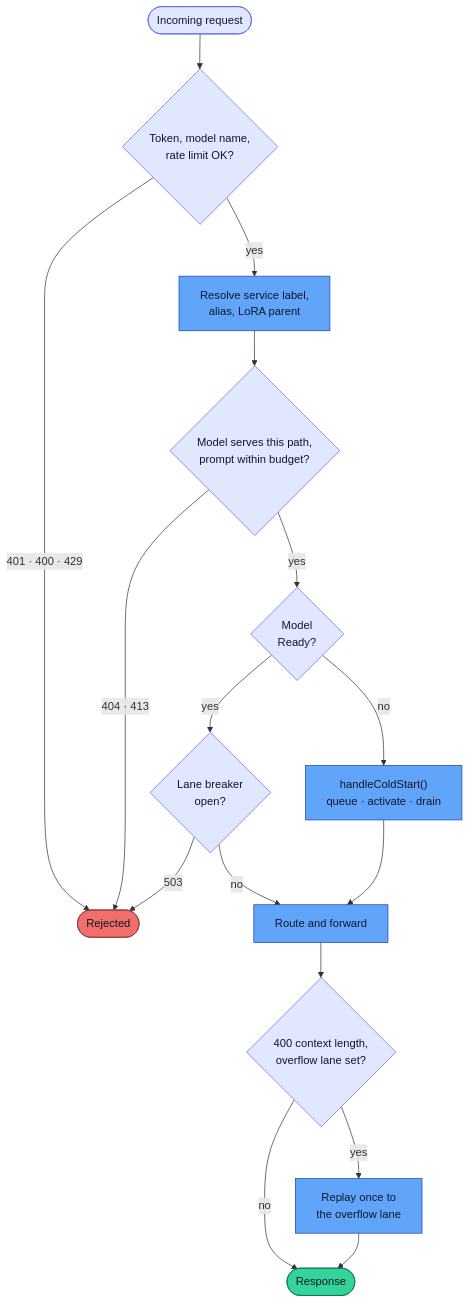
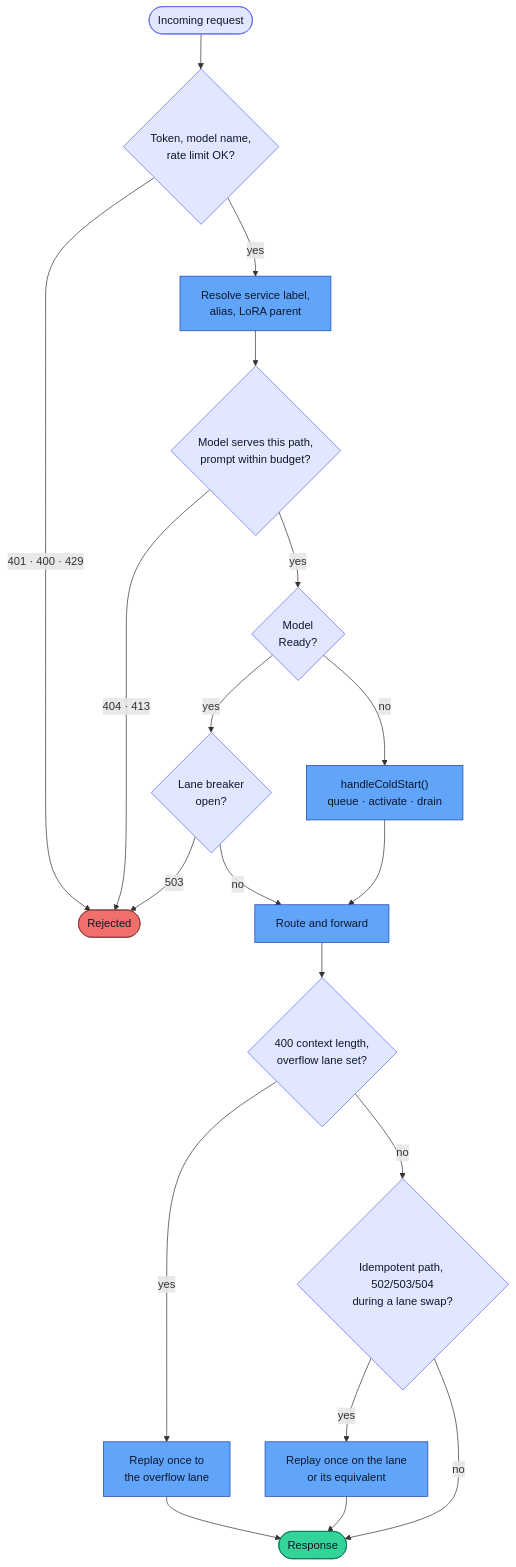
One commit to flexinfer/flexinfer changed the diagram in docs/specs/proxy-api.md. Above: the diagram before and after it, drawn with Mermaid. The commit also changed other lines of this file and 8 other files, not shown here.

First line of the commit message:
feat(proxy): replay idempotent requests caught in a lane swap (D6-a)

````diff
--- a/docs/specs/proxy-api.md
+++ b/docs/specs/proxy-api.md
@@ -60,23 +60,26 @@
 ```mermaid
 flowchart TD
     req(["Incoming request"]):::step --> edge{"Token, model name,<br/>rate limit OK?"}:::step
     edge -->|"401 · 400 · 429"| rej(["Rejected"]):::fail
     edge -->|yes| resolve["Resolve service label,<br/>alias, LoRA parent"]:::proxy
     resolve --> gates{"Model serves this path,<br/>prompt within budget?"}:::step
     gates -->|"404 · 413"| rej
     gates -->|yes| ready{"Model<br/>Ready?"}:::step
     ready -->|yes| breaker{"Lane breaker<br/>open?"}:::step
     breaker -->|"503"| rej
     breaker -->|no| forward["Route and forward"]:::proxy
     ready -->|no| cold["handleColdStart()<br/>queue · activate · drain"]:::proxy
     cold --> forward
     forward --> overflow{"400 context length,<br/>overflow lane set?"}:::step
     overflow -->|yes| replay["Replay once to<br/>the overflow lane"]:::proxy
-    overflow -->|no| resp(["Response"]):::ok
+    overflow -->|no| swap{"Idempotent path, 502/503/504<br/>during a lane swap?"}:::step
+    swap -->|yes| swapreplay["Replay once on the lane<br/>or its equivalent"]:::proxy
+    swap -->|no| resp(["Response"]):::ok
     replay --> resp
+    swapreplay --> resp
 
     classDef step fill:#E0E7FF,stroke:#6366F1,color:#0F172A
     classDef proxy fill:#60A5FA,stroke:#1E40AF,color:#0F172A
     classDef fail fill:#F06F6B,stroke:#8B3A3A,color:#0F172A
     classDef ok fill:#34D399,stroke:#047857,color:#0F172A
 ```
````
